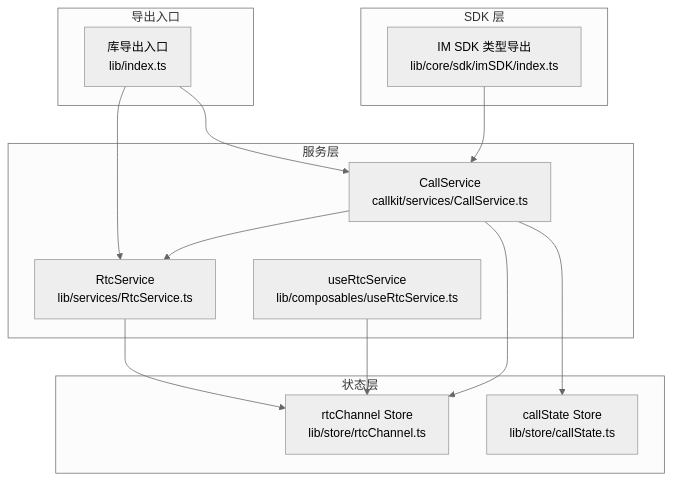
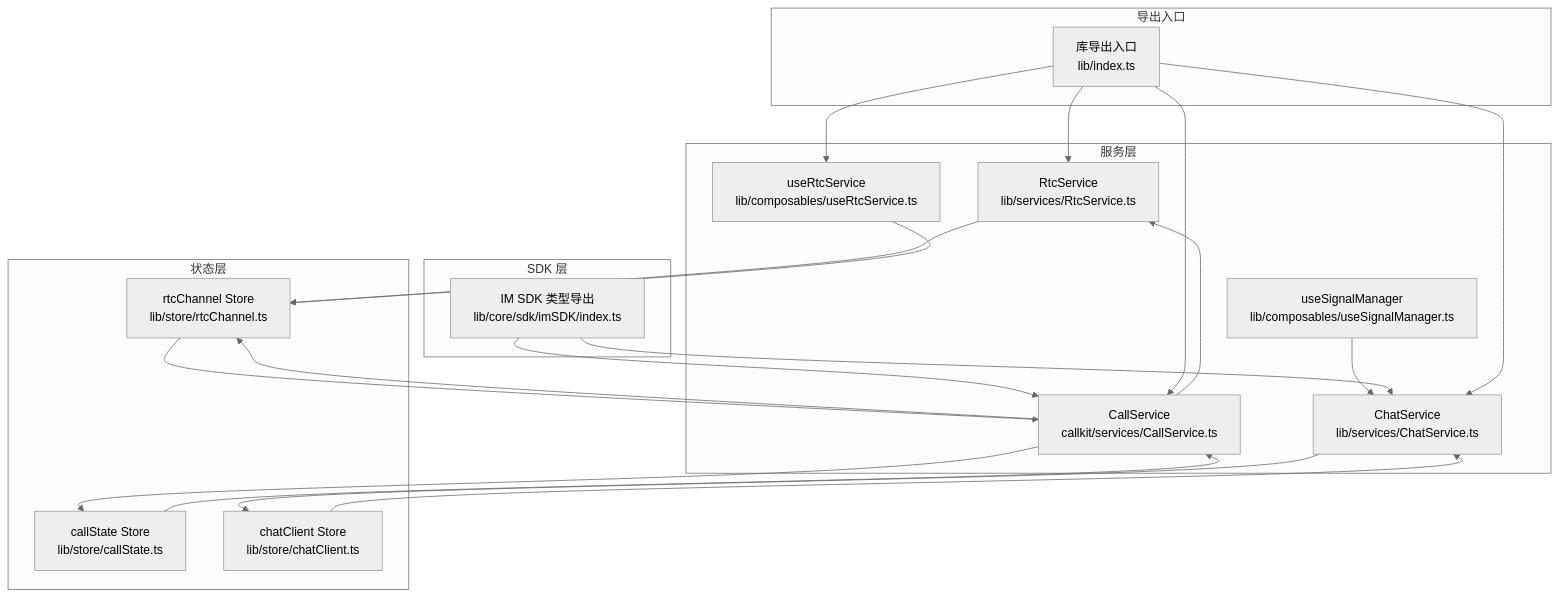
One commit to Easemob-Community/easemob-uikit-callkit-vue3 changed the first of 6 diagrams in .qoder/repowiki/zh/content/服务层/服务层.md. Above: the diagram before and after it, drawn with Mermaid (neutral theme). The commit also changed other lines of this file and 58 other files, not shown here.

````diff
--- a/.qoder/repowiki/zh/content/服务层/服务层.md
+++ b/.qoder/repowiki/zh/content/服务层/服务层.md
@@ -41,26 +46,37 @@
 ```mermaid
 graph TB
 subgraph "服务层"
 A["RtcService<br/>lib/services/RtcService.ts"]
 B["CallService<br/>callkit/services/CallService.ts"]
 C["useRtcService<br/>lib/composables/useRtcService.ts"]
+D["ChatService<br/>lib/services/ChatService.ts"]
+E["useSignalManager<br/>lib/composables/useSignalManager.ts"]
 end
 subgraph "状态层"
-D["rtcChannel Store<br/>lib/store/rtcChannel.ts"]
-E["callState Store<br/>lib/store/callState.ts"]
+F["rtcChannel Store<br/>lib/store/rtcChannel.ts"]
+G["callState Store<br/>lib/store/callState.ts"]
+H["chatClient Store<br/>lib/store/chatClient.ts"]
 end
 subgraph "SDK 层"
-F["IM SDK 类型导出<br/>lib/core/sdk/imSDK/index.ts"]
+I["IM SDK 类型导出<br/>lib/core/sdk/imSDK/index.ts"]
 end
 subgraph "导出入口"
-G["库导出入口<br/>lib/index.ts"]
+J["库导出入口<br/>lib/index.ts"]
 end
-A --> D
-C --> D
+A --> F
+C --> F
 B --> A
-B --> D
-B --> E
+B --> F
+B --> G
+D --> H
+E --> D
 F --> B
-G --> A
 G --> B
+H --> D
+I --> B
+I --> D
+J --> A
+J --> B
+J --> C
+J --> D
 ```
````
